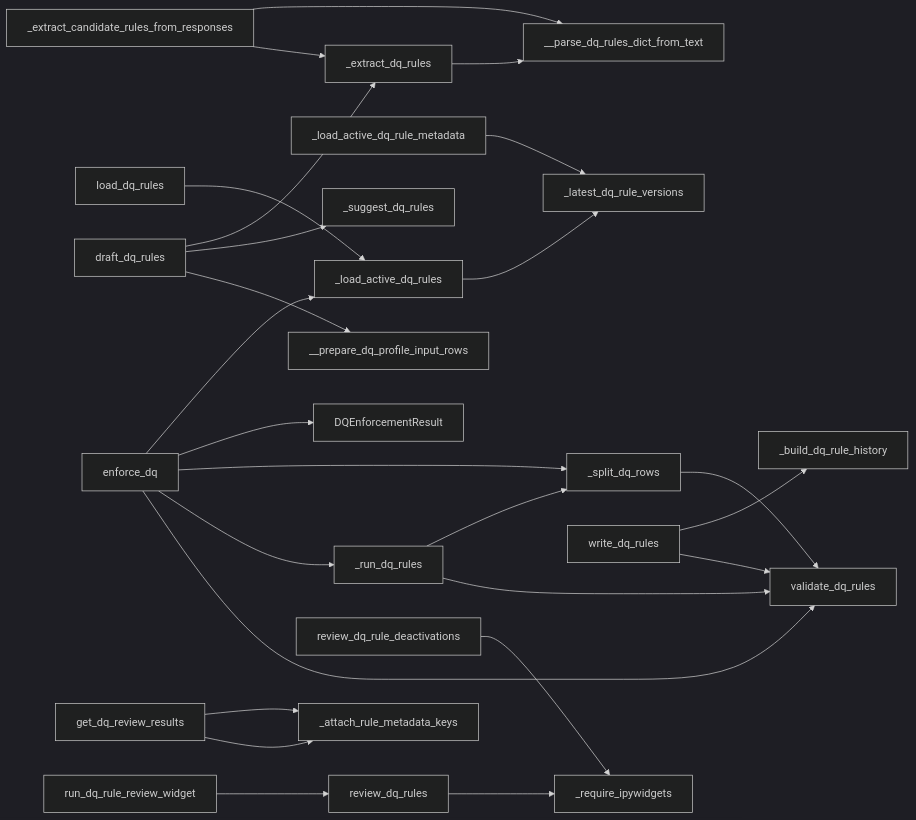
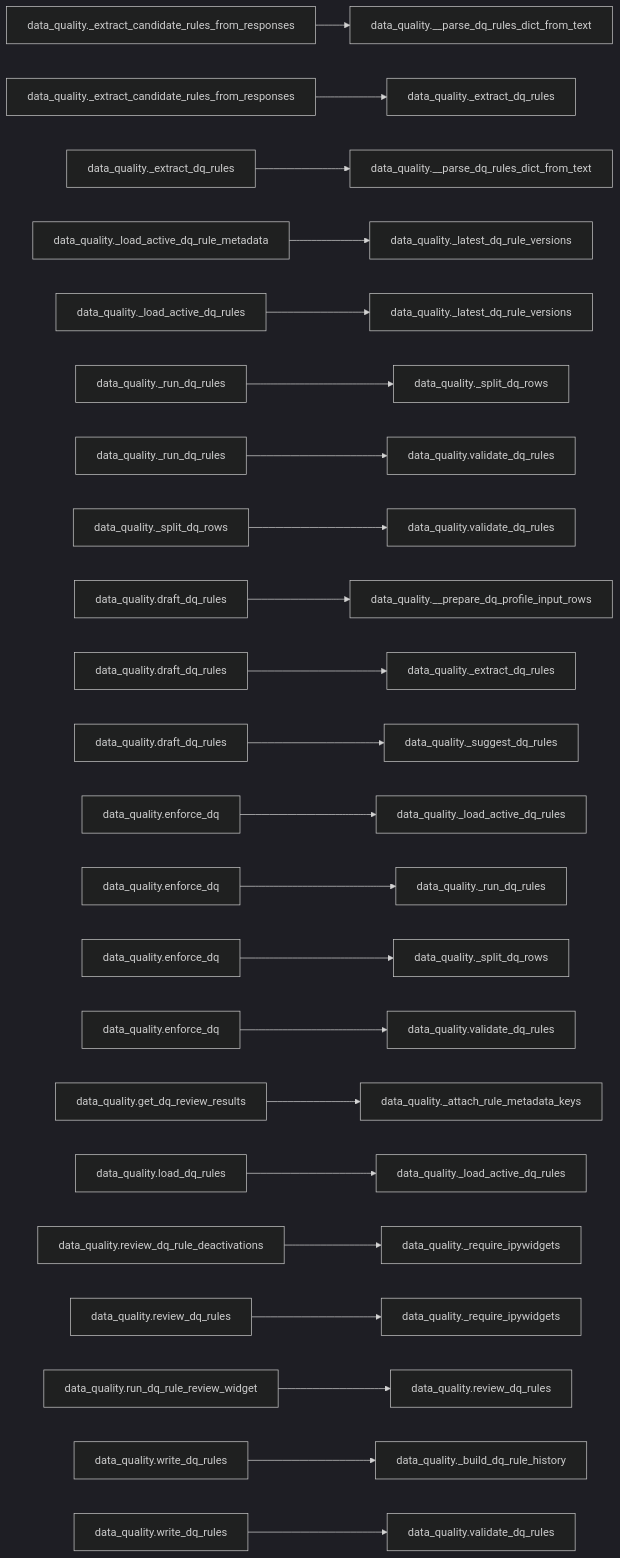
The first of 2 diagrams in docs/api/modules/data_quality.md (Voycepeh/FabricOps-Starter-Kit), drawn with Mermaid (dark theme) before and after one commit. The commit also changed other lines of this file and 14 other files, not shown here.

Commit message:
Polish dependency graph rendering and module docs UX

````diff
--- a/docs/api/modules/data_quality.md
+++ b/docs/api/modules/data_quality.md
@@ -63,27 +66,25 @@
 ```mermaid
 flowchart LR
-  _extract_dq_rules --> __parse_dq_rules_dict_from_text
-  _extract_candidate_rules_from_responses --> _extract_dq_rules
-  _extract_candidate_rules_from_responses --> __parse_dq_rules_dict_from_text
-  _load_active_dq_rules --> _latest_dq_rule_versions
-  _load_active_dq_rule_metadata --> _latest_dq_rule_versions
-  _split_dq_rows --> validate_dq_rules
-  _run_dq_rules --> validate_dq_rules
-  _run_dq_rules --> _split_dq_rows
-  draft_dq_rules --> __prepare_dq_profile_input_rows
-  draft_dq_rules --> _suggest_dq_rules
-  draft_dq_rules --> _extract_dq_rules
-  write_dq_rules --> validate_dq_rules
-  write_dq_rules --> _build_dq_rule_history
-  enforce_dq --> validate_dq_rules
-  enforce_dq --> _run_dq_rules
-  enforce_dq --> _split_dq_rows
-  enforce_dq --> DQEnforcementResult
-  enforce_dq --> _load_active_dq_rules
-  review_dq_rules --> _require_ipywidgets
-  run_dq_rule_review_widget --> review_dq_rules
-  get_dq_review_results --> _attach_rule_metadata_keys
-  get_dq_review_results --> _attach_rule_metadata_keys
-  load_dq_rules --> _load_active_dq_rules
-  review_dq_rule_deactivations --> _require_ipywidgets
+  n1["data_quality._extract_candidate_rules_from_responses"] --> n1b["data_quality.__parse_dq_rules_dict_from_text"]
+  n2["data_quality._extract_candidate_rules_from_responses"] --> n2b["data_quality._extract_dq_rules"]
+  n3["data_quality._extract_dq_rules"] --> n3b["data_quality.__parse_dq_rules_dict_from_text"]
+  n4["data_quality._load_active_dq_rule_metadata"] --> n4b["data_quality._latest_dq_rule_versions"]
+  n5["data_quality._load_active_dq_rules"] --> n5b["data_quality._latest_dq_rule_versions"]
+  n6["data_quality._run_dq_rules"] --> n6b["data_quality._split_dq_rows"]
+  n7["data_quality._run_dq_rules"] --> n7b["data_quality.validate_dq_rules"]
+  n8["data_quality._split_dq_rows"] --> n8b["data_quality.validate_dq_rules"]
+  n9["data_quality.draft_dq_rules"] --> n9b["data_quality.__prepare_dq_profile_input_rows"]
+  n10["data_quality.draft_dq_rules"] --> n10b["data_quality._extract_dq_rules"]
+  n11["data_quality.draft_dq_rules"] --> n11b["data_quality._suggest_dq_rules"]
+  n12["data_quality.enforce_dq"] --> n12b["data_quality._load_active_dq_rules"]
+  n13["data_quality.enforce_dq"] --> n13b["data_quality._run_dq_rules"]
+  n14["data_quality.enforce_dq"] --> n14b["data_quality._split_dq_rows"]
+  n15["data_quality.enforce_dq"] --> n15b["data_quality.validate_dq_rules"]
+  n16["data_quality.get_dq_review_results"] --> n16b["data_quality._attach_rule_metadata_keys"]
+  n17["data_quality.load_dq_rules"] --> n17b["data_quality._load_active_dq_rules"]
+  n18["data_quality.review_dq_rule_deactivations"] --> n18b["data_quality._require_ipywidgets"]
+  n19["data_quality.review_dq_rules"] --> n19b["data_quality._require_ipywidgets"]
+  n20["data_quality.run_dq_rule_review_widget"] --> n20b["data_quality.review_dq_rules"]
+  n21["data_quality.write_dq_rules"] --> n21b["data_quality._build_dq_rule_history"]
+  n22["data_quality.write_dq_rules"] --> n22b["data_quality.validate_dq_rules"]
 ```
````
